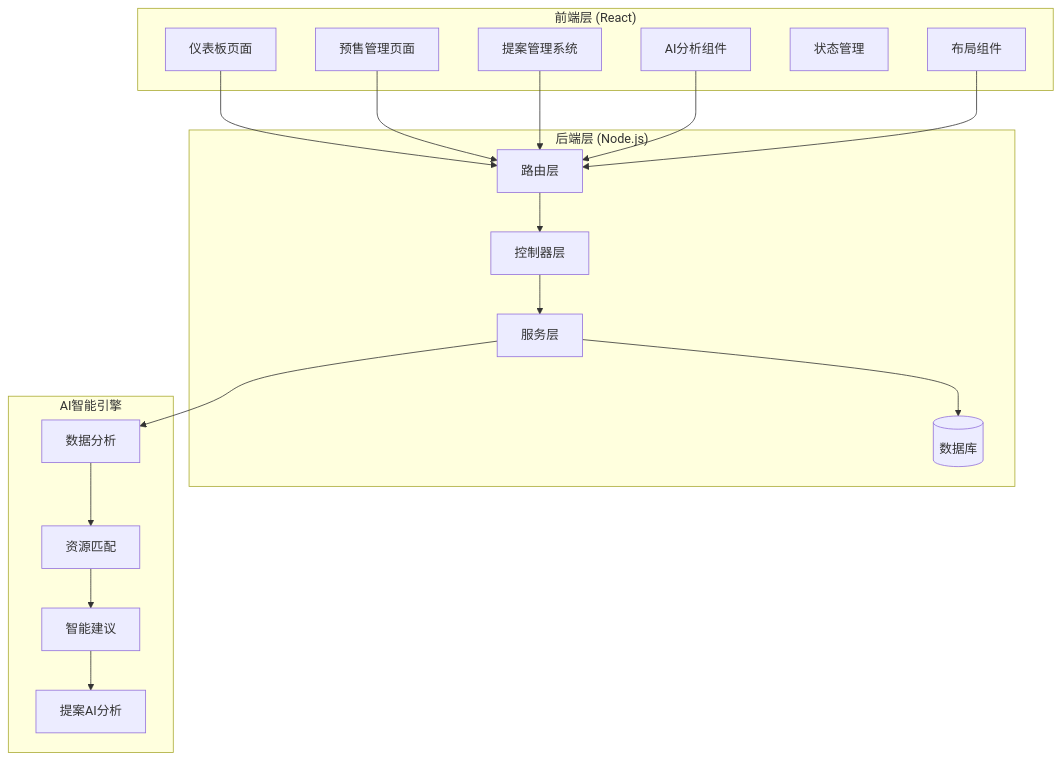
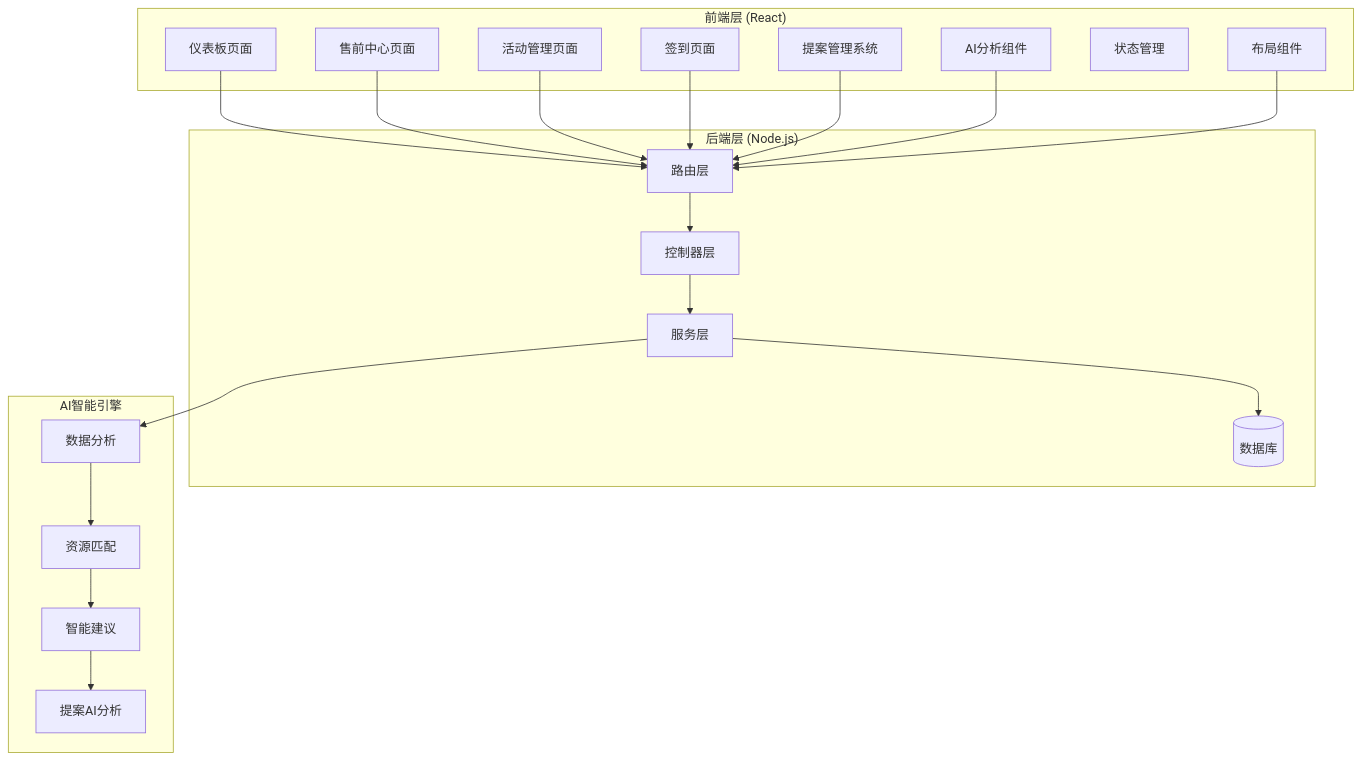
Before and after one commit to xianjianshenqu/SalesFlow-CRM: the first of 27 diagrams in .qoder/repowiki/zh/content/Pre Sales Dashboard.md, drawn with Mermaid. The commit also changed other lines of this file and 11 other files, not shown here.

````diff
--- a/.qoder/repowiki/zh/content/Pre Sales Dashboard.md
+++ b/.qoder/repowiki/zh/content/Pre Sales Dashboard.md
@@ -64,35 +69,39 @@
 ```mermaid
 graph TB
 subgraph "前端层 (React)"
 FE_Dashboard[仪表板页面]
-FE_Presales[预售管理页面]
+FE_Presales[售前中心页面]
+FE_Activities[活动管理页面]
+FE_SignIn[签到页面]
 FE_Proposals[提案管理系统]
 FE_AI[AI分析组件]
 FE_Store[状态管理]
 FE_Layout[布局组件]
 end
 subgraph "后端层 (Node.js)"
 BE_Router[路由层]
 BE_Controller[控制器层]
 BE_Service[服务层]
 BE_DB[(数据库)]
 end
 subgraph "AI智能引擎"
 AI_Analysis[数据分析]
 AI_Matching[资源匹配]
 AI_Suggestions[智能建议]
 AI_Proposal[提案AI分析]
 end
 FE_Dashboard --> BE_Router
 FE_Presales --> BE_Router
+FE_Activities --> BE_Router
+FE_SignIn --> BE_Router
 FE_Proposals --> BE_Router
 FE_AI --> BE_Router
 FE_Layout --> BE_Router
 BE_Router --> BE_Controller
 BE_Controller --> BE_Service
 BE_Service --> BE_DB
 BE_Service --> AI_Analysis
 AI_Analysis --> AI_Matching
 AI_Matching --> AI_Suggestions
 AI_Suggestions --> AI_Proposal
 ```
````
